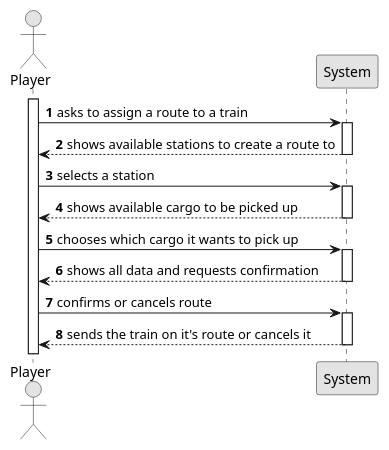
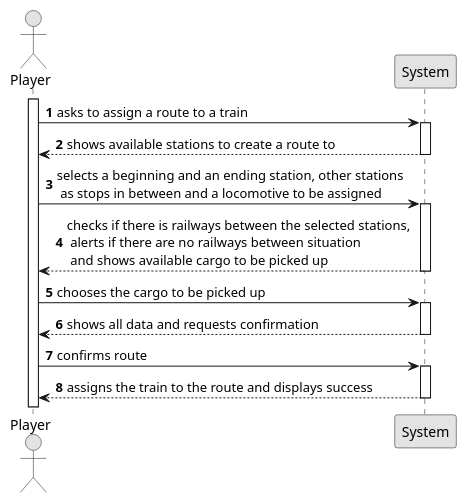
Before and after one commit to 1240935/pi2-railway-simulator: the diagram in docsFinais/US010/01.requirements-engineering/puml/US010-SSD.puml, drawn with PlantUML. The commit also changed 31 other files, not shown here.

```diff
--- a/docsFinais/US010/01.requirements-engineering/puml/US010-SSD.puml
+++ b/docsFinais/US010/01.requirements-engineering/puml/US010-SSD.puml
@@ -1,36 +1,36 @@
 @startuml
 skinparam monochrome true
 skinparam packageStyle rectangle
 skinparam shadowing false
 
 autonumber
 
 actor "Player" as Employee
 participant "System" as System
 
 activate Employee
 
     Employee -> System : asks to assign a route to a train
     activate System
 
         System --> Employee : shows available stations to create a route to
     deactivate System
 
-    Employee -> System : selects a station
+    Employee -> System : selects a beginning and an ending station, other stations \n as stops in between and a locomotive to be assigned
     activate System
 
-        System --> Employee :shows available cargo to be picked up
+        System --> Employee : checks if there is railways between the selected stations, \n alerts if there are no railways between situation \n and shows available cargo to be picked up
     deactivate System
 
-    Employee -> System : chooses which cargo it wants to pick up
+    Employee -> System : chooses the cargo to be picked up
     activate System
 
         System --> Employee : shows all data and requests confirmation
     deactivate System
 
-    Employee -> System : confirms or cancels route
+    Employee -> System : confirms route
     activate System
 
-        System --> Employee : sends the train on it's route or cancels it
+        System --> Employee : assigns the train to the route and displays success
     deactivate System
 @enduml
```
